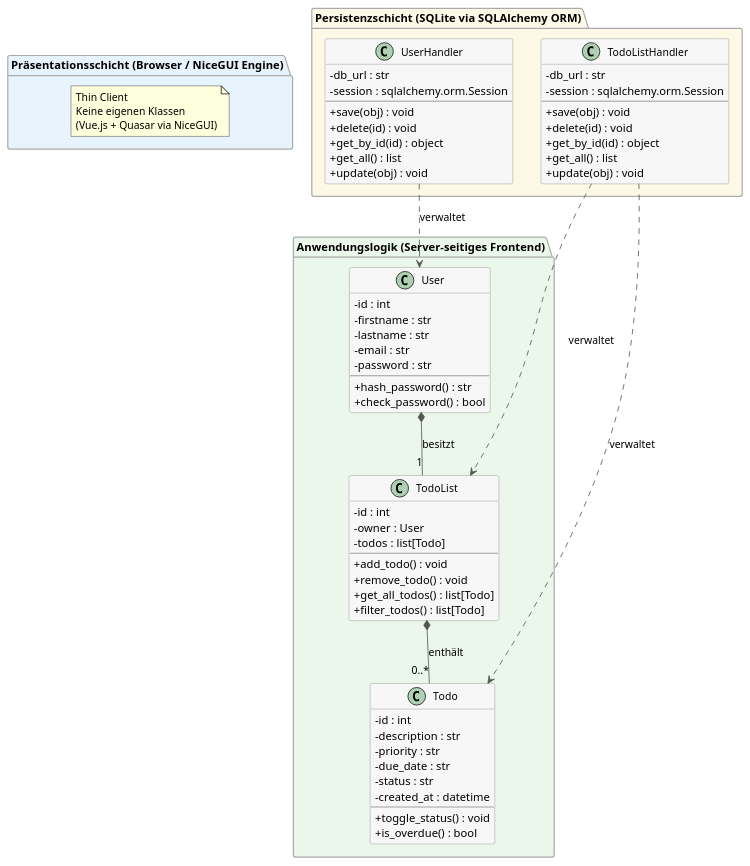
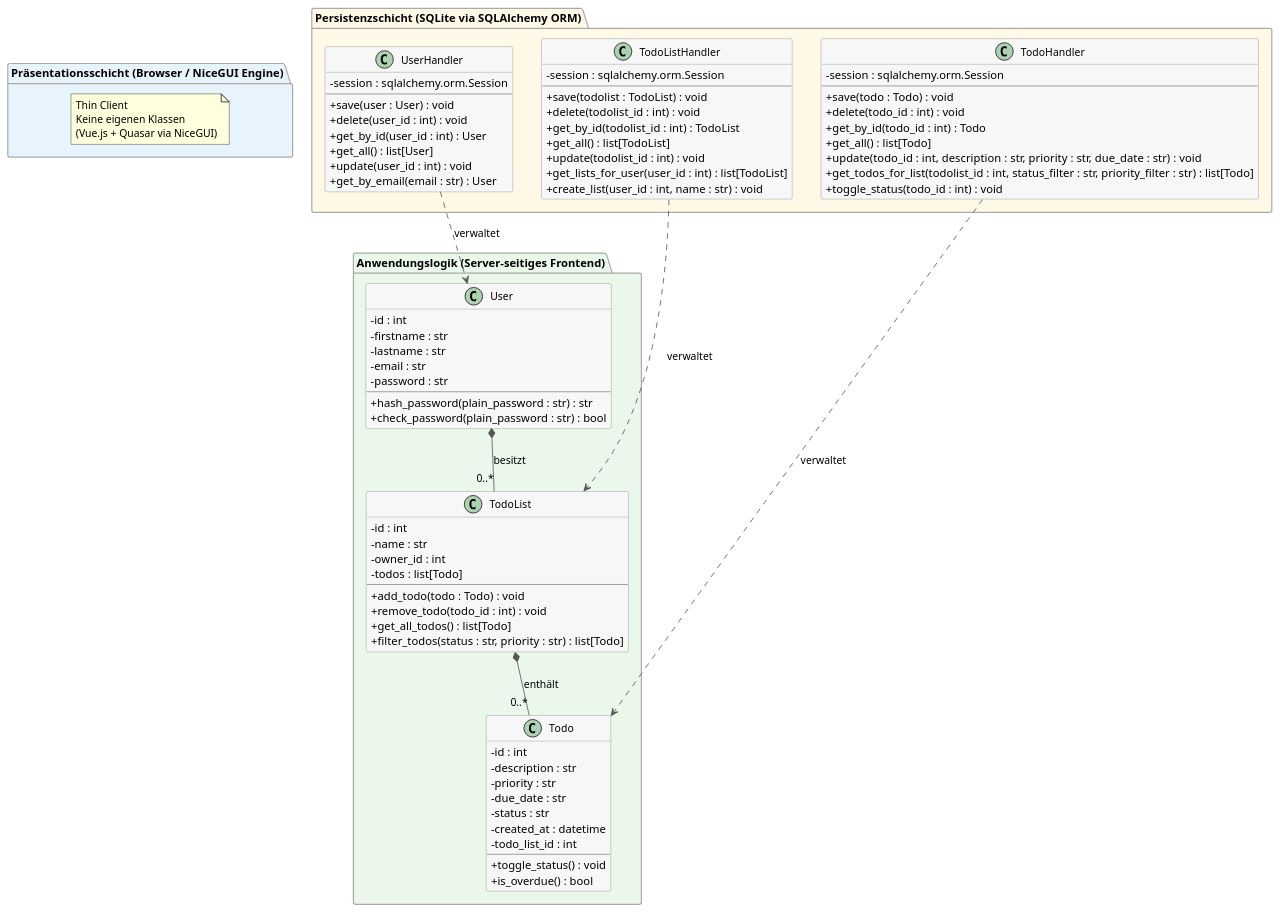
The diagram in docs/class_diagram/v01_klassendiagramm_final_mit_user.puml (wathi22/oop_projektarbeit_to-do_applikation), drawn with PlantUML before and after one commit. The commit also changed 1 other file, not shown here.

Commit message:
v02_klassendiagramm: für todo als volles paket und todolist-task wo im todo beinhaltet wurde zusätzlich ein handler erstellt

```diff
--- a/docs/class_diagram/v01_klassendiagramm_final_mit_user.puml
+++ b/docs/class_diagram/v01_klassendiagramm_final_mit_user.puml
@@ -1,86 +1,101 @@
 @startuml Klassendiagramm_Final_mit_User
 
 skinparam classAttributeIconSize 0
 skinparam classFontSize 13
 skinparam classBackgroundColor #F7F7F7
 skinparam classBorderColor #888888
 skinparam arrowColor #555555
 skinparam packageBackgroundColor #EFEFEF
 skinparam packageBorderColor #AAAAAA
 
 package "Präsentationsschicht (Browser / NiceGUI Engine)" #E8F4FD {
   note "Thin Client\nKeine eigenen Klassen\n(Vue.js + Quasar via NiceGUI)" as N1
 }
 
 package "Anwendungslogik (Server-seitiges Frontend)" #EAF7EA {
 
   class User {
     - id : int
     - firstname : str
     - lastname : str
     - email : str
     - password : str
     --
-    + hash_password() : str
-    + check_password() : bool
+    + hash_password(plain_password : str) : str
+    + check_password(plain_password : str) : bool
   }
 
   class TodoList {
     - id : int
-    - owner : User
+    - name : str
+    - owner_id : int
     - todos : list[Todo]
     --
-    + add_todo() : void
-    + remove_todo() : void
+    + add_todo(todo : Todo) : void
+    + remove_todo(todo_id : int) : void
     + get_all_todos() : list[Todo]
-    + filter_todos() : list[Todo]
+    + filter_todos(status : str, priority : str) : list[Todo]
   }
 
   class Todo {
     - id : int
     - description : str
     - priority : str
     - due_date : str
     - status : str
     - created_at : datetime
+    - todo_list_id : int
     --
     + toggle_status() : void
     + is_overdue() : bool
   }
 
-  User *-- "1" TodoList : besitzt
+  User *-- "0..*" TodoList : besitzt
   TodoList *-- "0..*" Todo : enthält
 
 }
 
 package "Persistenzschicht (SQLite via SQLAlchemy ORM)" #FEF9E7 {
 
   class UserHandler {
-    - db_url : str
     - session : sqlalchemy.orm.Session
     --
-    + save(obj) : void
-    + delete(id) : void
-    + get_by_id(id) : object
-    + get_all() : list
-    + update(obj) : void
+    + save(user : User) : void
+    + delete(user_id : int) : void
+    + get_by_id(user_id : int) : User
+    + get_all() : list[User]
+    + update(user_id : int) : void
+    + get_by_email(email : str) : User
   }
 
   class TodoListHandler {
-    - db_url : str
     - session : sqlalchemy.orm.Session
     --
-    + save(obj) : void
-    + delete(id) : void
-    + get_by_id(id) : object
-    + get_all() : list
-    + update(obj) : void
+    + save(todolist : TodoList) : void
+    + delete(todolist_id : int) : void
+    + get_by_id(todolist_id : int) : TodoList
+    + get_all() : list[TodoList]
+    + update(todolist_id : int) : void
+    + get_lists_for_user(user_id : int) : list[TodoList]
+    + create_list(user_id : int, name : str) : void
+  }
+
+  class TodoHandler {
+    - session : sqlalchemy.orm.Session
+    --
+    + save(todo : Todo) : void
+    + delete(todo_id : int) : void
+    + get_by_id(todo_id : int) : Todo
+    + get_all() : list[Todo]
+    + update(todo_id : int, description : str, priority : str, due_date : str) : void
+    + get_todos_for_list(todolist_id : int, status_filter : str, priority_filter : str) : list[Todo]
+    + toggle_status(todo_id : int) : void
   }
 
 }
 
 UserHandler ..> User : verwaltet
 TodoListHandler ..> TodoList : verwaltet
-TodoListHandler ..> Todo : verwaltet
+TodoHandler ..> Todo : verwaltet
 
 @enduml
```
